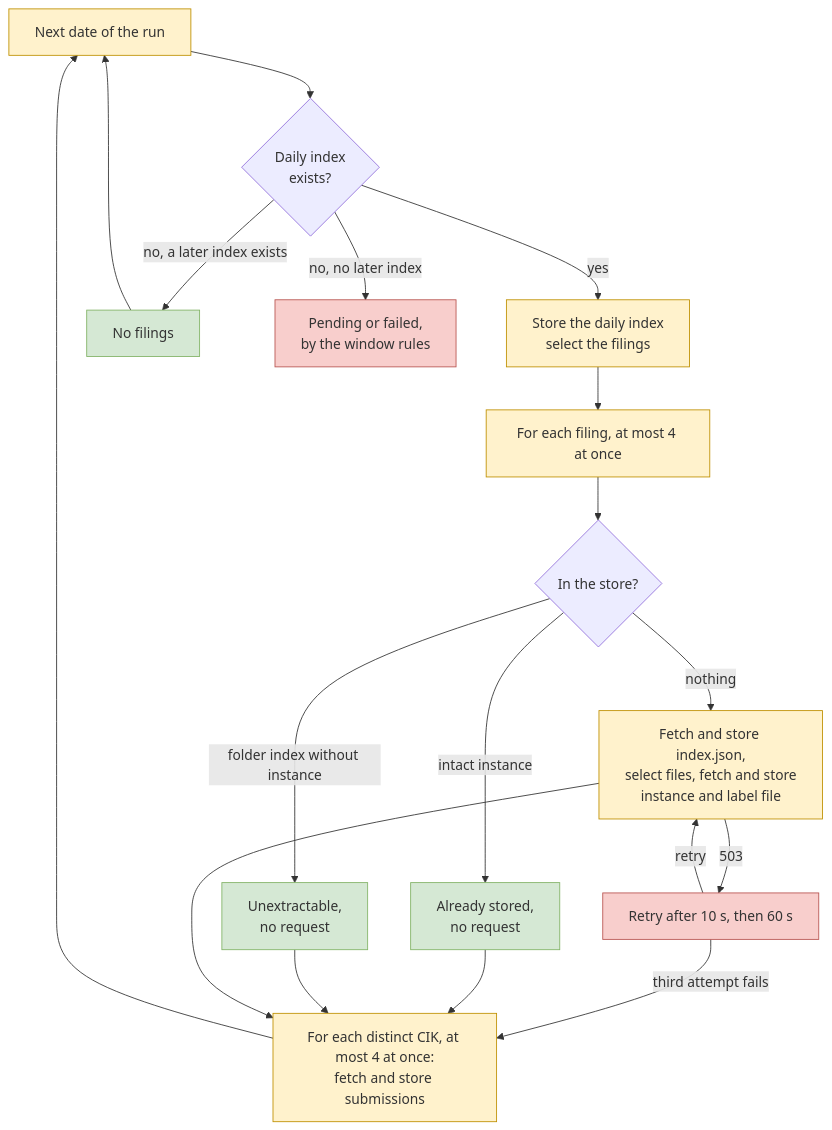
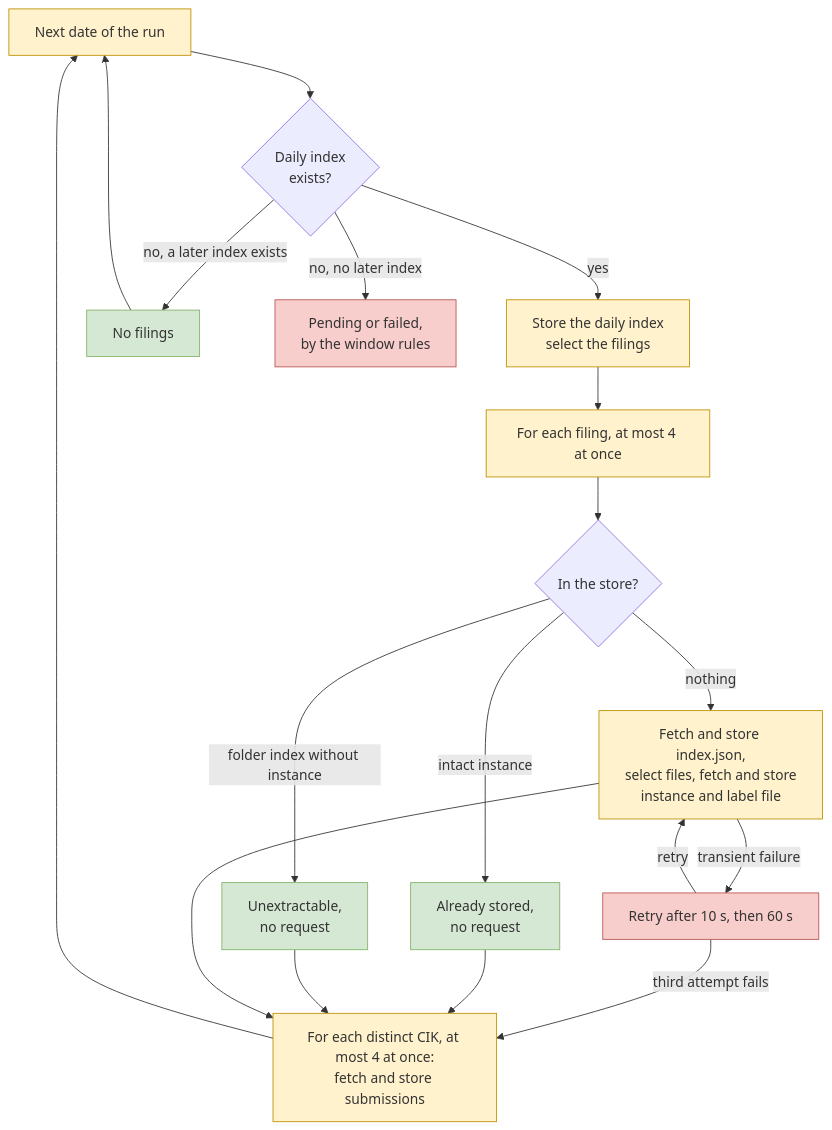
One commit to ironcapitaleu/arkad changed the fourth of 4 diagrams in sec/design/pipeline/extraction_overview.md. Above: the diagram before and after it, drawn with Mermaid. The commit also changed other lines of this file and 17 other files, not shown here.

First line of the commit message:
feat(sec): retry transient SEC failures for every machine of a run

````diff
--- a/sec/design/pipeline/extraction_overview.md
+++ b/sec/design/pipeline/extraction_overview.md
@@ -394,24 +394,24 @@
 ```mermaid
 flowchart TB
     classDef step fill:#fff2cc,stroke:#bf9000
     classDef skip fill:#d5e8d4,stroke:#82b366
     classDef fail fill:#f8cecc,stroke:#b85450
 
     D["Next date of the run"]:::step --> DI{"Daily index<br/>exists?"}
     DI -- "yes" --> SD["Store the daily index<br/>select the filings"]:::step
     DI -- "no, a later index exists" --> E["No filings"]:::skip
     DI -- "no, no later index" --> P["Pending or failed,<br/>by the window rules"]:::fail
     SD --> F["For each filing, at most 4 at once"]:::step
     F --> R{"In the store?"}
     R -- "intact instance" --> S1["Already stored,<br/>no request"]:::skip
     R -- "folder index without instance" --> S2["Unextractable,<br/>no request"]:::skip
     R -- "nothing" --> X["Fetch and store index.json,<br/>select files, fetch and store<br/>instance and label file"]:::step
-    X -- "503" --> RT["Retry after 10 s, then 60 s"]:::fail
+    X -- "transient failure" --> RT["Retry after 10 s, then 60 s"]:::fail
     RT -- "retry" --> X
     RT -- "third attempt fails" --> C
     S1 --> C["For each distinct CIK, at most 4 at once:<br/>fetch and store submissions"]:::step
     S2 --> C
     X --> C
     E --> D
     C --> D
 ```
````
